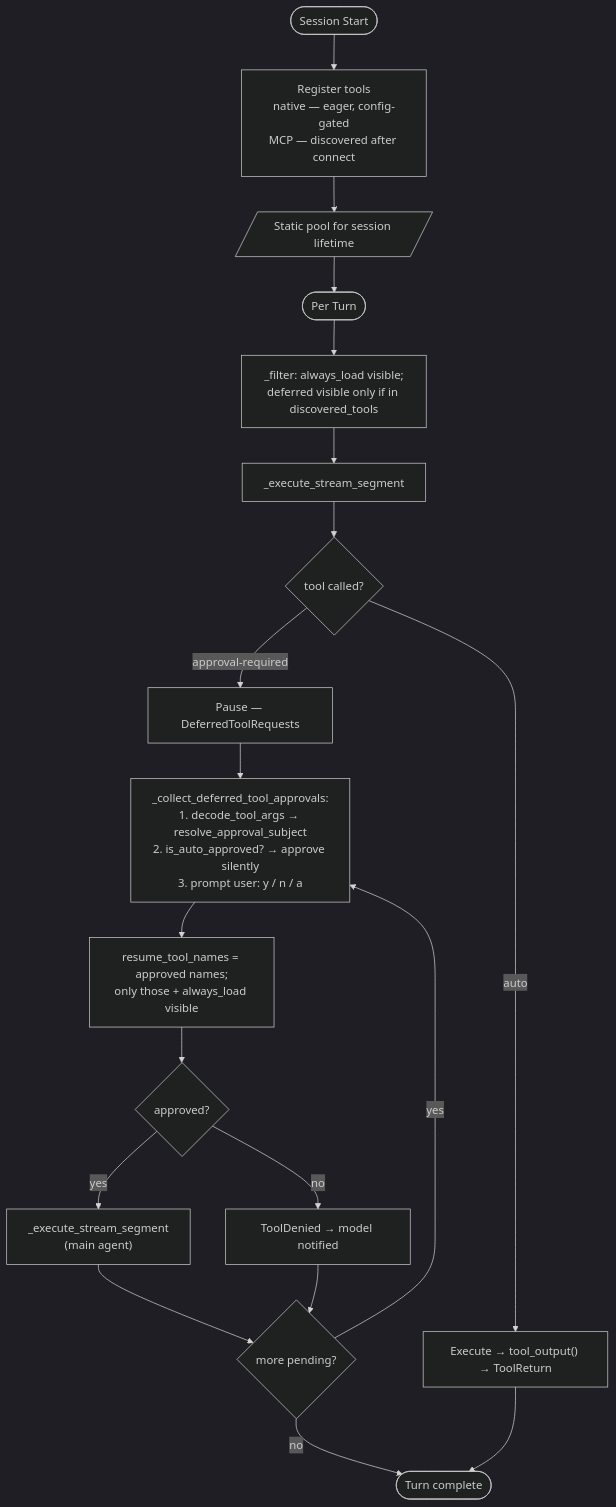
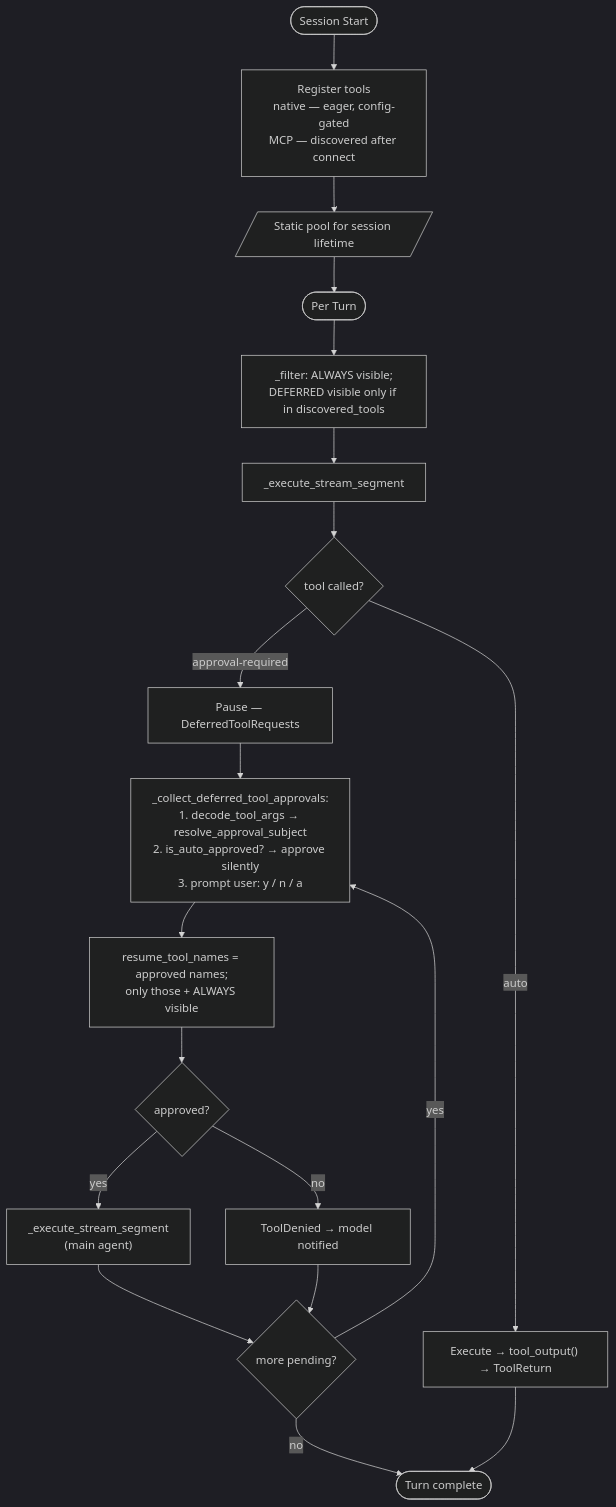
The diagram in docs/DESIGN-tools.md (binlecode/co-cli), drawn with Mermaid (dark theme) before and after one commit. The commit also changed other lines of this file and 30 other files, not shown here.

````diff
--- a/docs/DESIGN-tools.md
+++ b/docs/DESIGN-tools.md
@@ -82,25 +82,25 @@
 ```mermaid
 flowchart TD
     S([Session Start]) --> REG["Register tools\nnative — eager, config-gated\nMCP — discovered after connect"]
     REG --> POOL[/"Static pool for session lifetime"/]
 
     POOL --> TURN([Per Turn])
-    TURN --> FILTER["_filter: always_load visible;\ndeferred visible only if in discovered_tools"]
+    TURN --> FILTER["_filter: ALWAYS visible;\nDEFERRED visible only if in discovered_tools"]
     FILTER --> SEG[_execute_stream_segment]
     SEG --> T{tool called?}
 
     T -->|auto| EX["Execute → tool_output() → ToolReturn"]
     T -->|approval-required| PAUSE["Pause — DeferredToolRequests"]
 
     PAUSE --> COLLECT["_collect_deferred_tool_approvals:\n1. decode_tool_args → resolve_approval_subject\n2. is_auto_approved? → approve silently\n3. prompt user: y / n / a"]
-    COLLECT --> NARROW["resume_tool_names = approved names;\nonly those + always_load visible"]
+    COLLECT --> NARROW["resume_tool_names = approved names;\nonly those + ALWAYS visible"]
     NARROW --> AP{approved?}
     AP -->|yes| RESUME["_execute_stream_segment\n(main agent)"]
     AP -->|no| DENY["ToolDenied → model notified"]
     RESUME --> MORE{more pending?}
     DENY --> MORE
     MORE -->|yes| COLLECT
     MORE -->|no| DONE
 
     EX --> DONE([Turn complete])
 ```
````
